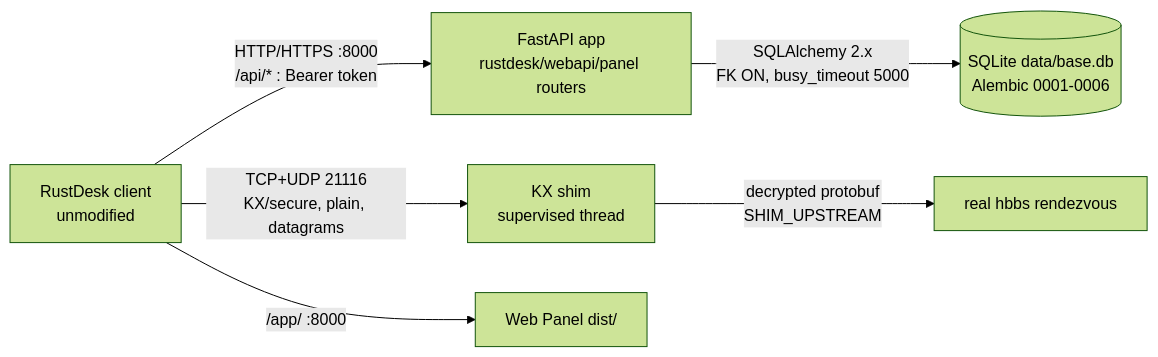
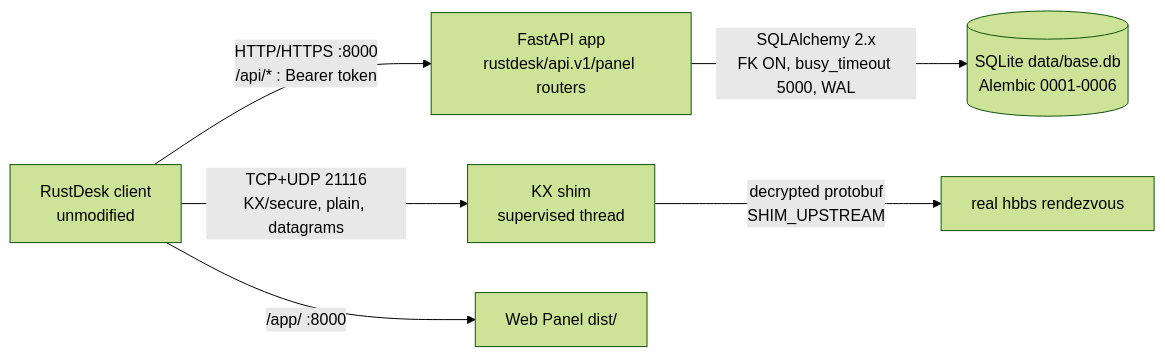
Before and after one commit to iinxn/rustdesk-address-book-api: the diagram in docs/en.md, drawn with Mermaid (forest theme). The commit also changed other lines of this file and 56 other files, not shown here.

First line of the commit message:
refactor: split panel API, batch heartbeats and unify book access

````diff
--- a/docs/en.md
+++ b/docs/en.md
@@ -140,9 +140,9 @@
 ```mermaid
 flowchart LR
     C[RustDesk client<br/>unmodified]
-    C -->|HTTP/HTTPS :8000<br/>/api/* : Bearer token| API[FastAPI app<br/>rustdesk/webapi/panel routers]
+    C -->|HTTP/HTTPS :8000<br/>/api/* : Bearer token| API[FastAPI app<br/>rustdesk/api.v1/panel routers]
     C -->|TCP+UDP 21116<br/>KX/secure, plain, datagrams| SHIM[KX shim<br/>supervised thread]
     SHIM -->|decrypted protobuf<br/>SHIM_UPSTREAM| HBBS[real hbbs rendezvous]
     C -->|/app/ :8000| SPA[Web Panel dist/]
-    API -->|SQLAlchemy 2.x<br/>FK ON, busy_timeout 5000| DB[(SQLite data/base.db<br/>Alembic 0001-0006)]
+    API -->|SQLAlchemy 2.x<br/>FK ON, busy_timeout 5000, WAL| DB[(SQLite data/base.db<br/>Alembic 0001-0006)]
 ```
````
